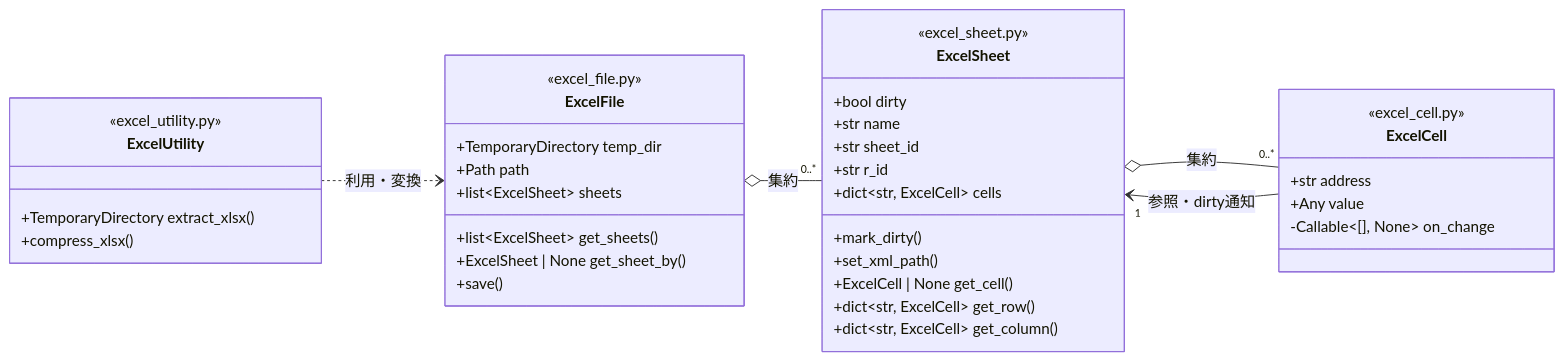
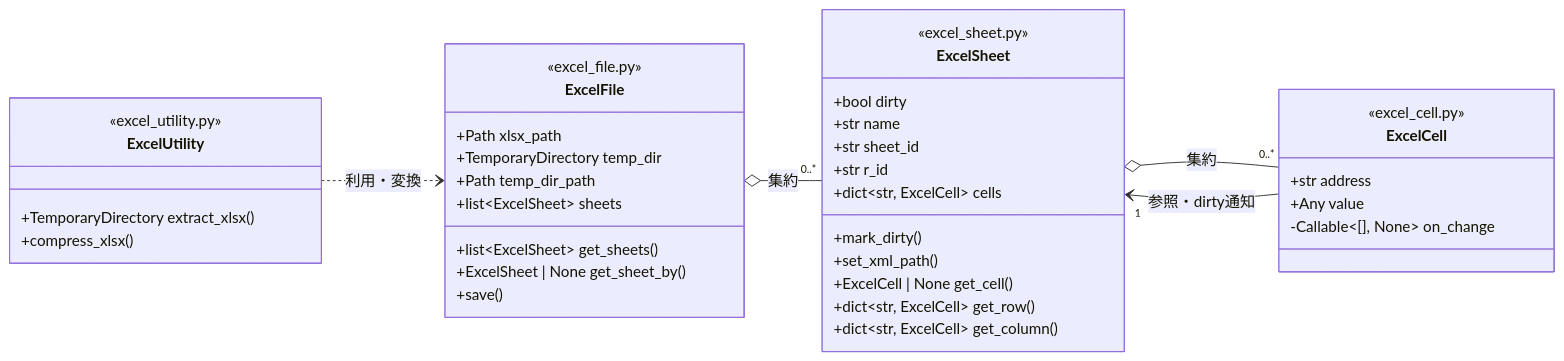
One commit to kzynamiki/xlsxpy changed the diagram in README.md. Above: the diagram before and after it, drawn with Mermaid. The commit also changed other lines of this file, not shown here.

Commit message:
docs: mermaidに関数部分を追加。一部変数の型を変更。テストについて追記

````diff
--- a/README.md
+++ b/README.md
@@ -33,49 +40,50 @@
 ```mermaid
 classDiagram
     direction LR
 
     class ExcelFile {
         <<excel_file.py>>
+        +Path xlsx_path
         +TemporaryDirectory temp_dir
-        +Path path
+        +Path temp_dir_path
         +list~ExcelSheet~ sheets
 
         +list~ExcelSheet~ get_sheets()
         +ExcelSheet | None get_sheet_by()
         +save()
     }
 
     class ExcelSheet {
         <<excel_sheet.py>>
         +bool dirty
         +str name
         +str sheet_id
         +str r_id
         +dict~str, ExcelCell~ cells
 
         +mark_dirty()
         +set_xml_path()
         +ExcelCell | None get_cell()
         +dict~str, ExcelCell~ get_row()
         +dict~str, ExcelCell~ get_column()
     }
 
     class ExcelCell {
         <<excel_cell.py>>
         +str address
         +Any value
         -Callable~[], None~ on_change
     }
 
     class ExcelUtility {
         <<excel_utility.py>>
 
         +TemporaryDirectory extract_xlsx()
         +compress_xlsx()
     }
 
     ExcelFile o-- "0..*" ExcelSheet : 集約
     ExcelSheet o-- "0..*" ExcelCell : 集約
     ExcelCell --> "1" ExcelSheet : 参照・dirty通知
     ExcelUtility ..> ExcelFile : 利用・変換
 ```
````
